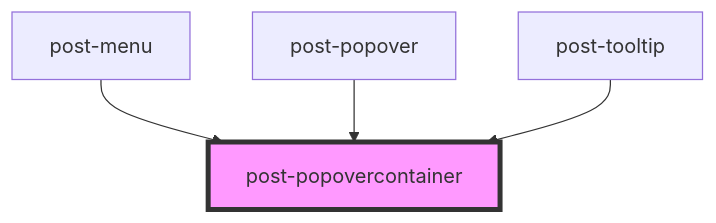
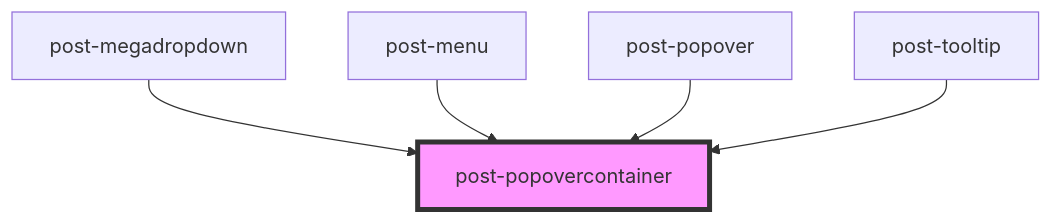
One commit to swisspost/design-system changed the diagram in packages/components/src/components/post-popovercontainer/readme.md. Above: the diagram before and after it, drawn with Mermaid. The commit also changed other lines of this file and 1 other file, not shown here.

Commit message:
recompile

````diff
--- a/packages/components/src/components/post-popovercontainer/readme.md
+++ b/packages/components/src/components/post-popovercontainer/readme.md
@@ -86,7 +87,8 @@
 ```mermaid
 graph TD;
+  post-megadropdown --> post-popovercontainer
   post-menu --> post-popovercontainer
   post-popover --> post-popovercontainer
   post-tooltip --> post-popovercontainer
   style post-popovercontainer fill:#f9f,stroke:#333,stroke-width:4px
 ```
````
